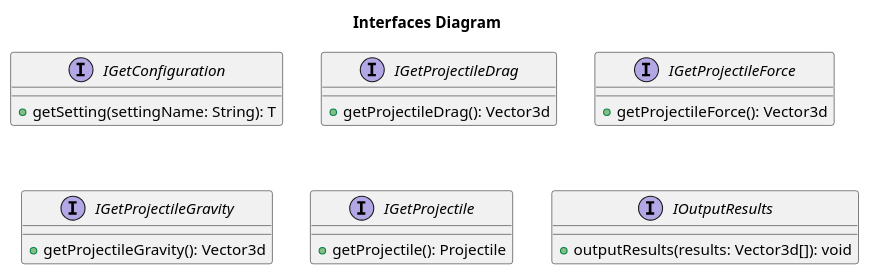
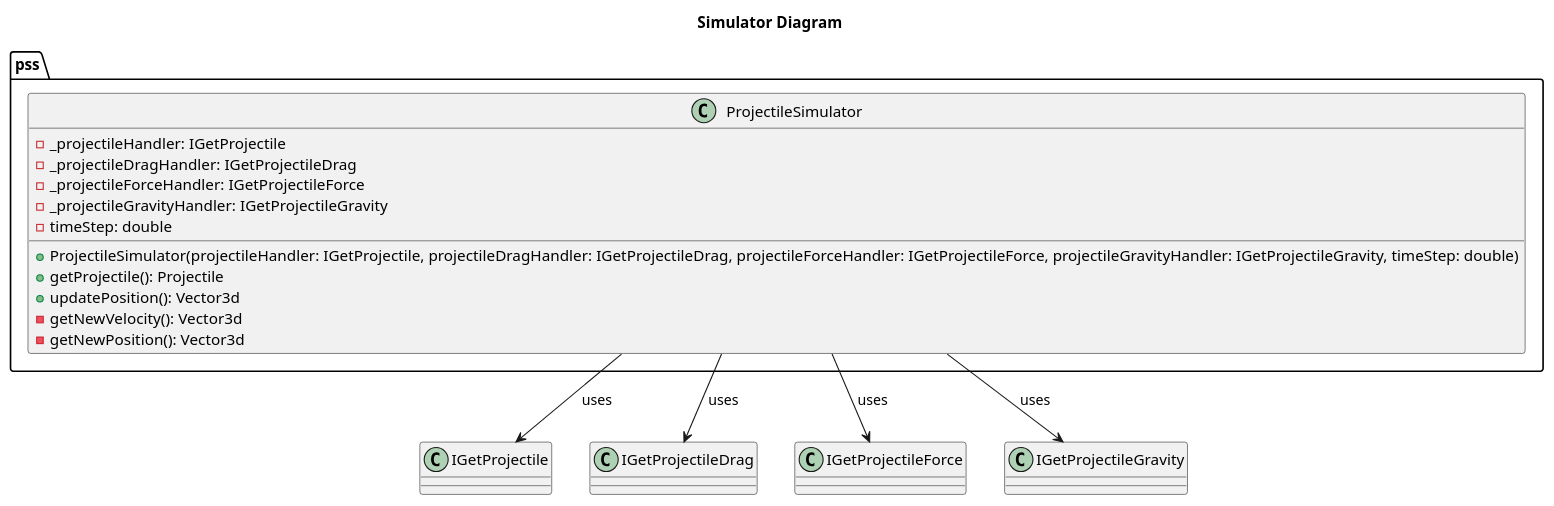
One commit to katanallama/projectile-simulation-suite changed the sixth of 8 diagrams in docs/res/design.org. Above: the diagram before and after it, drawn with PlantUML. The commit also changed other lines of this file and 12 other files, not shown here.

```diff
--- a/docs/res/design.org
+++ b/docs/res/design.org
@@ -151,30 +283,26 @@
-#+begin_src plantuml :file interfaces.png
+#+begin_src plantuml :file simulator.png
 @startuml
-title Interfaces Diagram
+title Simulator Diagram
 
-interface "IGetConfiguration" as IGetConfiguration {
-    +getSetting(settingName: String): T
+package pss {
+    class "ProjectileSimulator" as ProjectileSimulator {
+        -_projectileHandler: IGetProjectile
+        -_projectileDragHandler: IGetProjectileDrag
+        -_projectileForceHandler: IGetProjectileForce
+        -_projectileGravityHandler: IGetProjectileGravity
+        -timeStep: double
+        +ProjectileSimulator(projectileHandler: IGetProjectile, projectileDragHandler: IGetProjectileDrag, projectileForceHandler: IGetProjectileForce, projectileGravityHandler: IGetProjectileGravity, timeStep: double)
+        +getProjectile(): Projectile
+        +updatePosition(): Vector3d
+        -getNewVelocity(): Vector3d
+        -getNewPosition(): Vector3d
+    }
 }
 
-interface "IGetProjectileDrag" as IGetProjectileDrag {
-    +getProjectileDrag(): Vector3d
-}
-
-interface "IGetProjectileForce" as IGetProjectileForce {
-    +getProjectileForce(): Vector3d
-}
-
-interface "IGetProjectileGravity" as IGetProjectileGravity {
-    +getProjectileGravity(): Vector3d
-}
-
-interface "IGetProjectile" as IGetProjectile {
-    +getProjectile(): Projectile
-}
-
-interface "IOutputResults" as IOutputResults {
-    +outputResults(results: Vector3d[]): void
-}
+ProjectileSimulator --> IGetProjectile : uses
+ProjectileSimulator --> IGetProjectileDrag : uses
+ProjectileSimulator --> IGetProjectileForce : uses
+ProjectileSimulator --> IGetProjectileGravity : uses
 
 @enduml
 #+end_src
```
